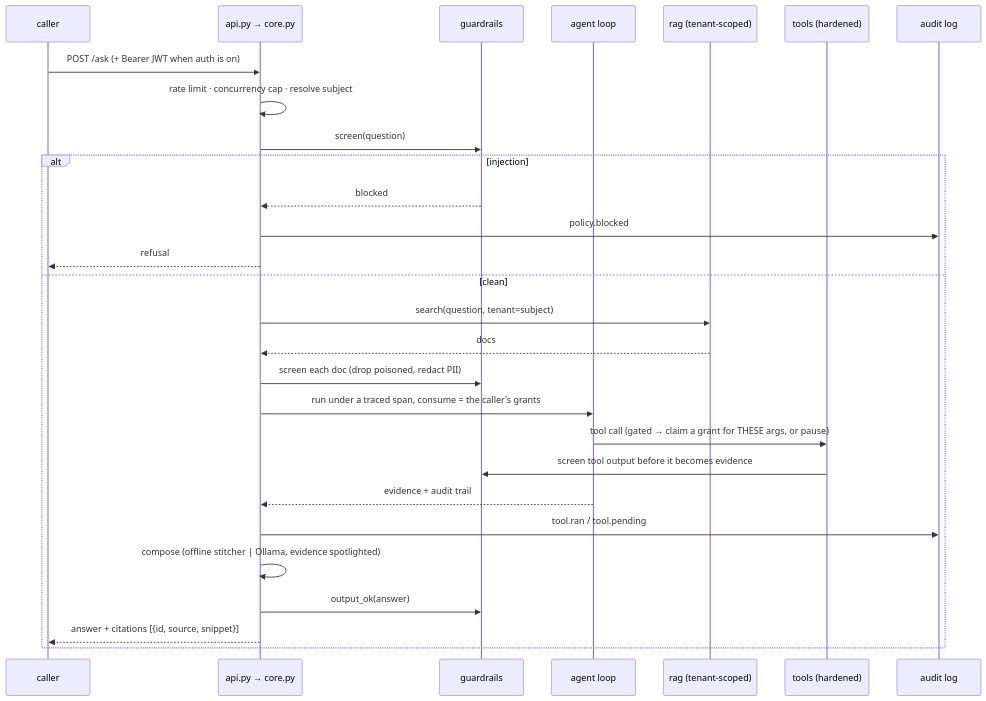
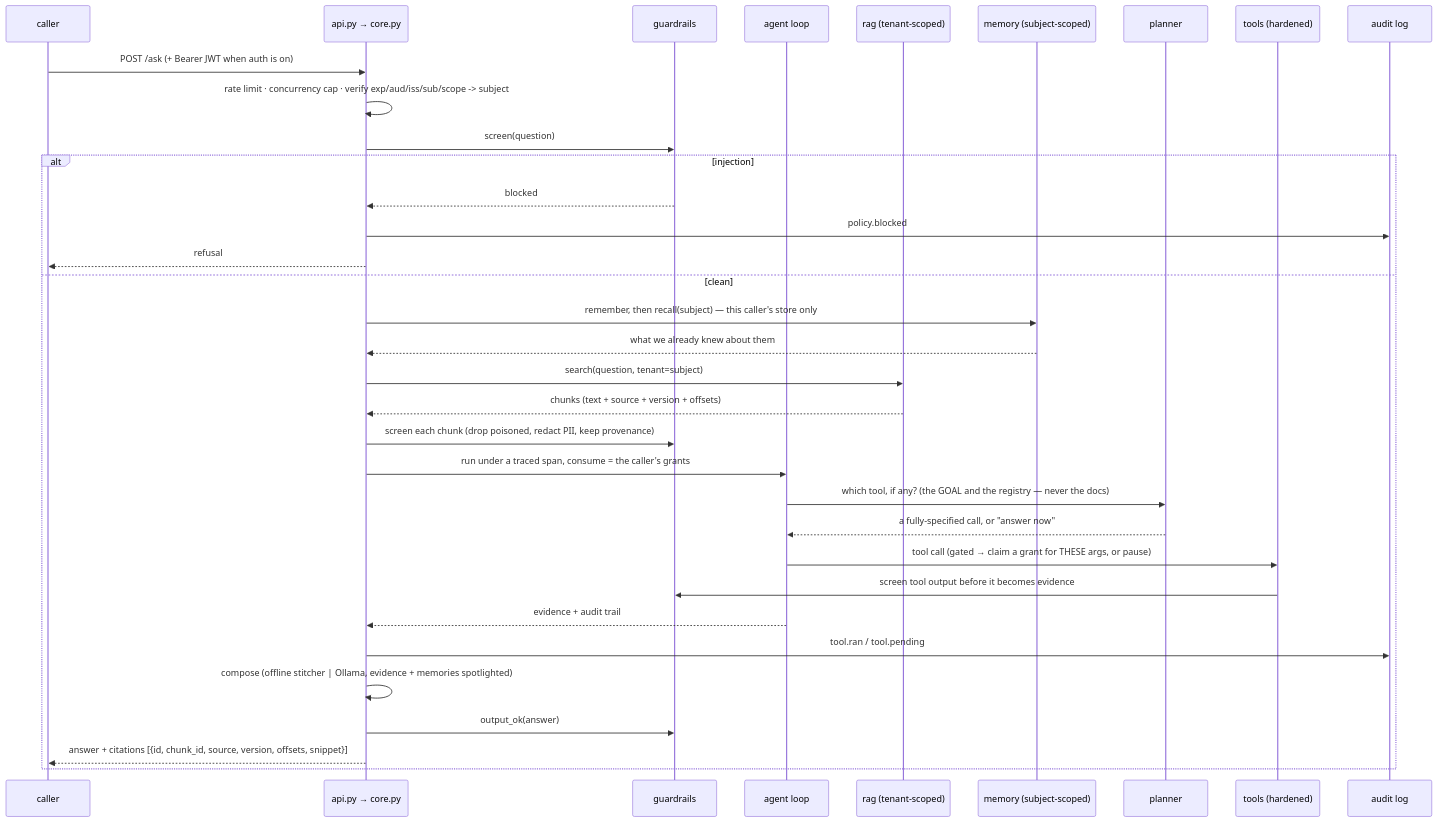
Before and after one commit to Luiggi370z/genai-engineer-course: the second of 2 diagrams in src/workshops/assistant/ARCHITECTURE.md, drawn with Mermaid. The commit also changed other lines of this file and 244 other files, not shown here.

````diff
--- a/src/workshops/assistant/ARCHITECTURE.md
+++ b/src/workshops/assistant/ARCHITECTURE.md
@@ -60,31 +68,37 @@
 ```mermaid
 sequenceDiagram
     participant U as caller
     participant S as api.py → core.py
     participant G as guardrails
     participant A as agent loop
     participant R as rag (tenant-scoped)
+    participant M as memory (subject-scoped)
+    participant P as planner
     participant T as tools (hardened)
     participant L as audit log
 
     U->>S: POST /ask (+ Bearer JWT when auth is on)
-    S->>S: rate limit · concurrency cap · resolve subject
+    S->>S: rate limit · concurrency cap · verify exp/aud/iss/sub/scope -> subject
     S->>G: screen(question)
     alt injection
         G-->>S: blocked
         S->>L: policy.blocked
         S-->>U: refusal
     else clean
+        S->>M: remember, then recall(subject) — this caller's store only
+        M-->>S: what we already knew about them
         S->>R: search(question, tenant=subject)
-        R-->>S: docs
-        S->>G: screen each doc (drop poisoned, redact PII)
+        R-->>S: chunks (text + source + version + offsets)
+        S->>G: screen each chunk (drop poisoned, redact PII, keep provenance)
         S->>A: run under a traced span, consume = the caller's grants
+        A->>P: which tool, if any? (the GOAL and the registry — never the docs)
+        P-->>A: a fully-specified call, or "answer now"
         A->>T: tool call (gated → claim a grant for THESE args, or pause)
         T->>G: screen tool output before it becomes evidence
         A-->>S: evidence + audit trail
         S->>L: tool.ran / tool.pending
-        S->>S: compose (offline stitcher | Ollama, evidence spotlighted)
+        S->>S: compose (offline stitcher | Ollama, evidence + memories spotlighted)
         S->>G: output_ok(answer)
-        S-->>U: answer + citations [{id, source, snippet}]
+        S-->>U: answer + citations [{id, chunk_id, source, version, offsets, snippet}]
     end
 ```
````
